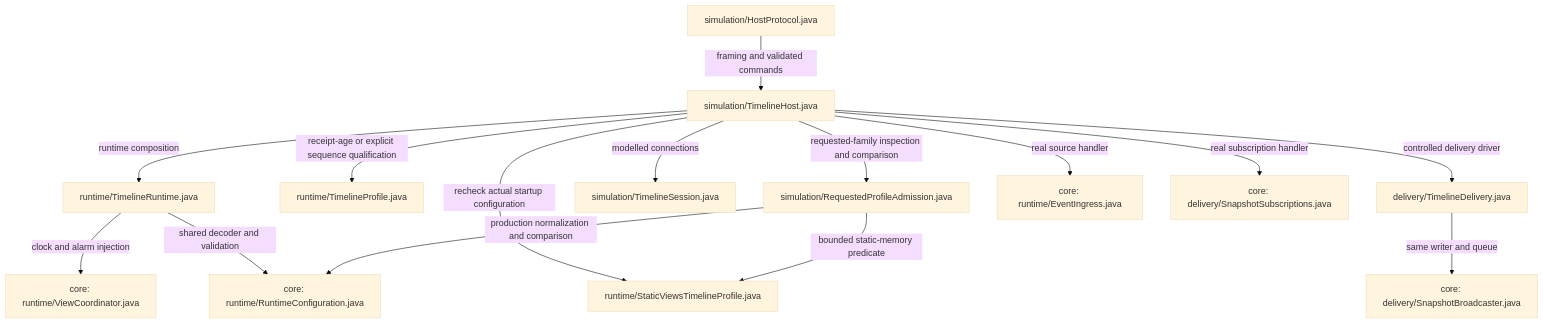
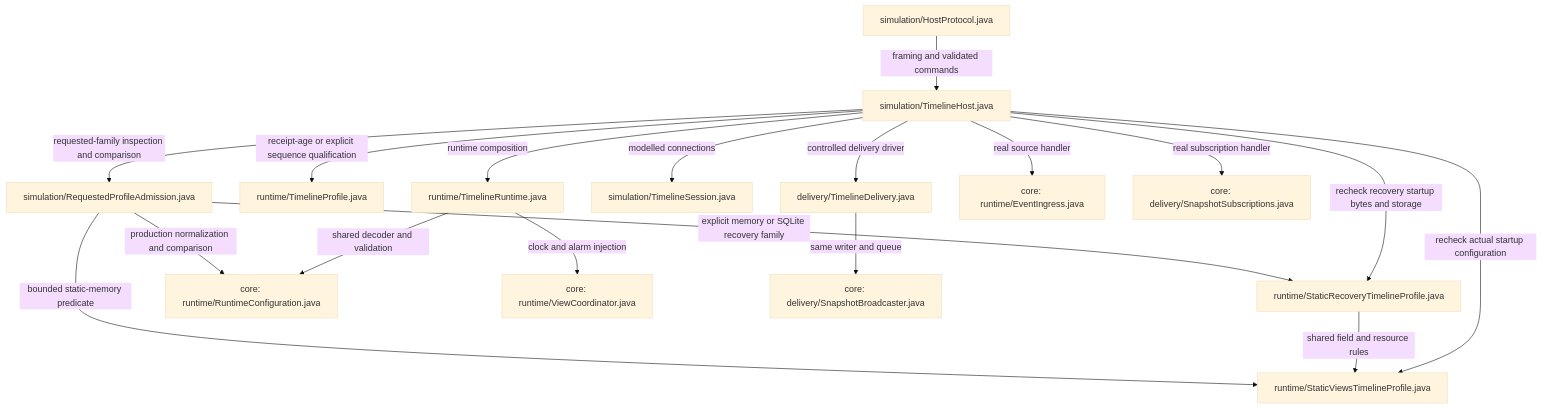
Before and after one commit to sproates/zooglass: diagram 16 of 23 in zooglass/docs/source-map.md, drawn with Mermaid (base theme). The commit also changed 46 other files, not shown here.

First line of the commit message:
Add reusable static-view recovery to deterministic timelines (#189)

````diff
--- a/zooglass/docs/source-map.md
+++ b/zooglass/docs/source-map.md
@@ -511,17 +511,20 @@
 ```mermaid
 flowchart TB
   protocol["simulation/HostProtocol.java"] -->|framing and validated commands| host["simulation/TimelineHost.java"]
   host -->|runtime composition| runtime["runtime/TimelineRuntime.java"]
   host -->|receipt-age or explicit sequence qualification| profile["runtime/TimelineProfile.java"]
   host -->|requested-family inspection and comparison| requested["simulation/RequestedProfileAdmission.java"]
   requested -->|bounded static-memory predicate| static["runtime/StaticViewsTimelineProfile.java"]
+  requested -->|explicit memory or SQLite recovery family| recovery["runtime/StaticRecoveryTimelineProfile.java"]
+  recovery -->|shared field and resource rules| static
+  host -->|recheck recovery startup bytes and storage| recovery
   host -->|recheck actual startup configuration| static
   requested -->|production normalization and comparison| configuration
   host -->|modelled connections| session["simulation/TimelineSession.java"]
   host -->|controlled delivery driver| driver["delivery/TimelineDelivery.java"]
   host -->|real source handler| ingress["core: runtime/EventIngress.java"]
   host -->|real subscription handler| subscriptions["core: delivery/SnapshotSubscriptions.java"]
   runtime -->|shared decoder and validation| configuration["core: runtime/RuntimeConfiguration.java"]
   runtime -->|clock and alarm injection| coordinator["core: runtime/ViewCoordinator.java"]
   driver -->|same writer and queue| broadcaster["core: delivery/SnapshotBroadcaster.java"]
 ```
````
